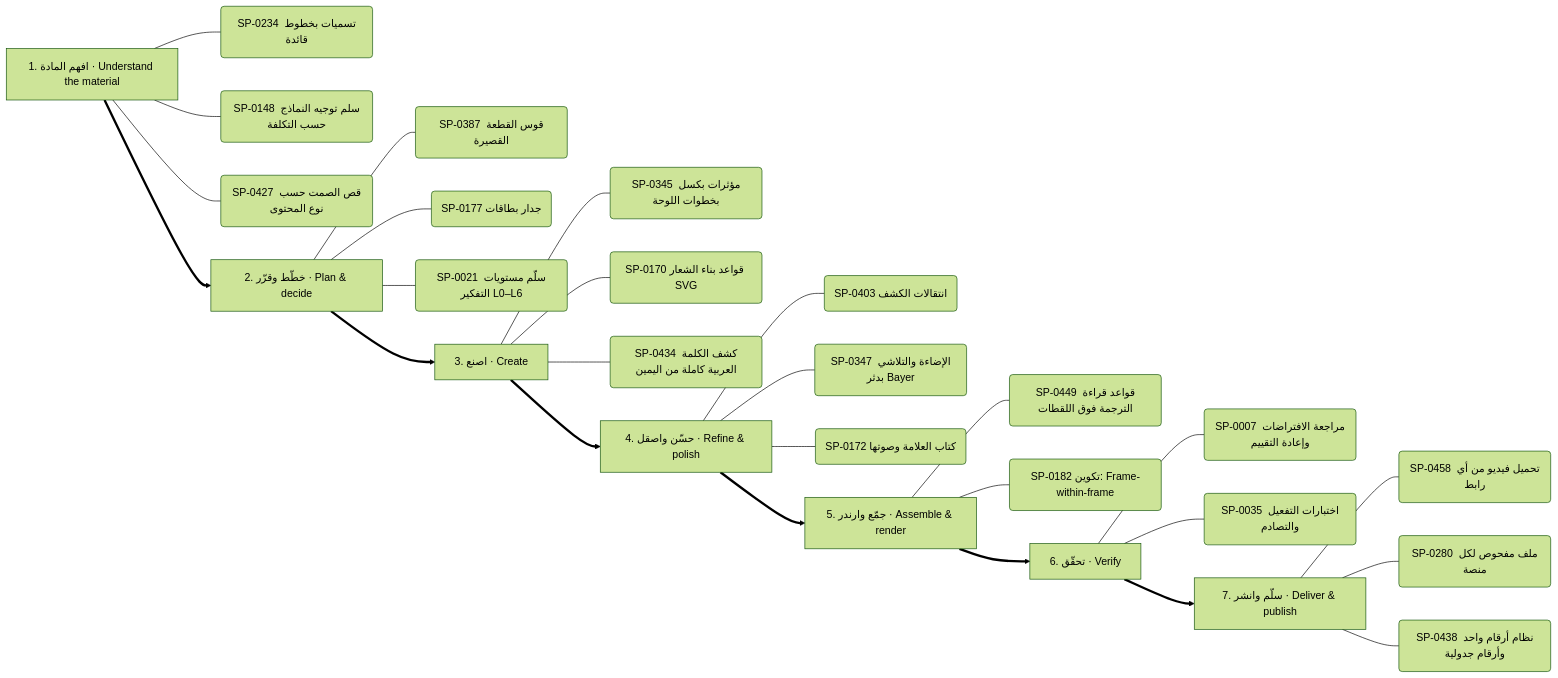
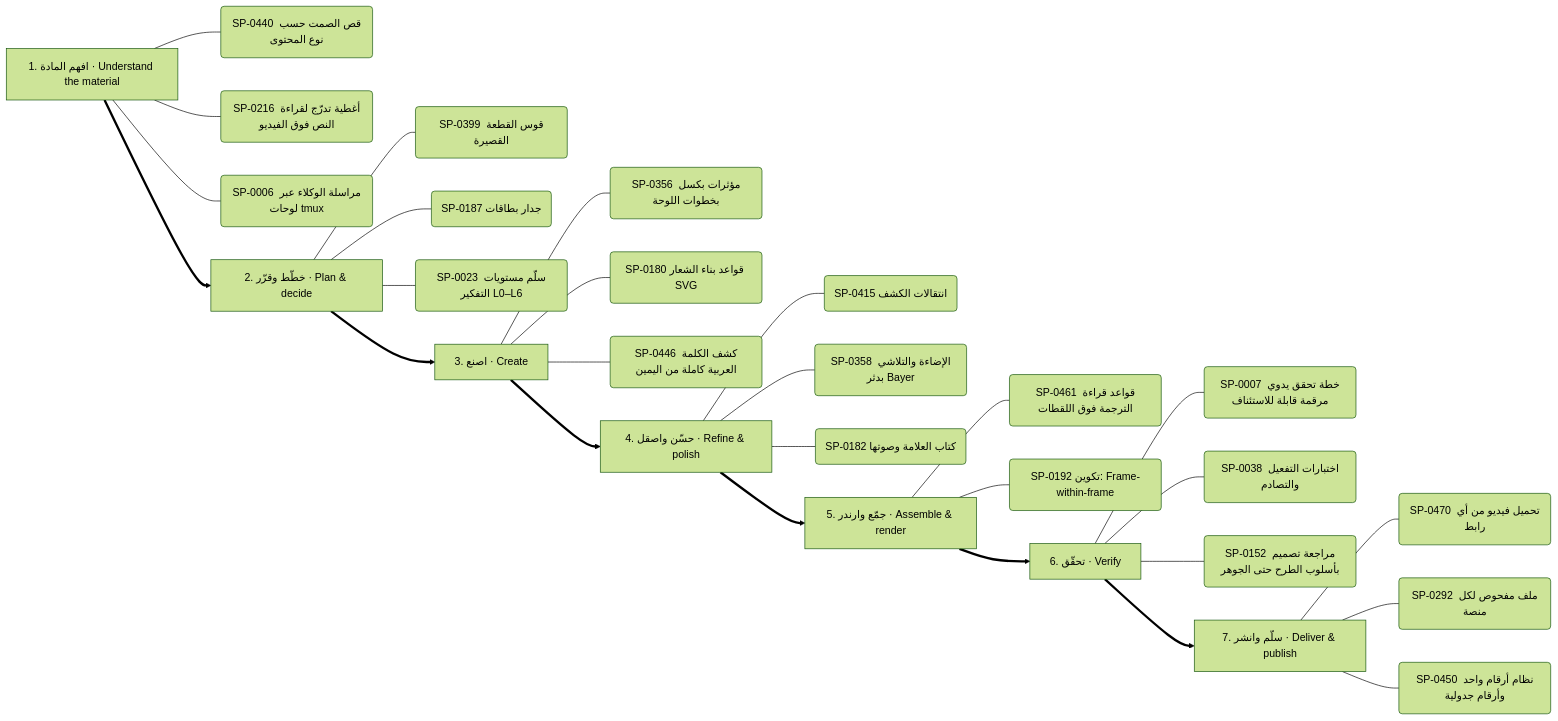
One commit to kosif199022-jpg/kosif-tool changed the sixth of 13 diagrams in .claude/skills/kosif-superpowers/references/capability-mindmap.md. Above: the diagram before and after it, drawn with Mermaid (forest theme). The commit also changed other lines of this file and 58 other files, not shown here.

````diff
--- a/.claude/skills/kosif-superpowers/references/capability-mindmap.md
+++ b/.claude/skills/kosif-superpowers/references/capability-mindmap.md
@@ -314,35 +316,36 @@
 ```mermaid
 flowchart LR
   S0["1. افهم المادة · Understand the material"]
-  S0 --- S0_0("SP-0234 تسميات بخطوط قائدة")
-  S0 --- S0_1("SP-0148 سلم توجيه النماذج حسب التكلفة")
-  S0 --- S0_2("SP-0427 قص الصمت حسب نوع المحتوى")
+  S0 --- S0_0("SP-0440 قص الصمت حسب نوع المحتوى")
+  S0 --- S0_1("SP-0216 أغطية تدرّج لقراءة النص فوق الفيديو")
+  S0 --- S0_2("SP-0006 مراسلة الوكلاء عبر لوحات tmux")
   S1["2. خطّط وقرّر · Plan & decide"]
-  S1 --- S1_0("SP-0387 قوس القطعة القصيرة")
-  S1 --- S1_1("SP-0177 جدار بطاقات")
-  S1 --- S1_2("SP-0021 سلّم مستويات التفكير L0–L6")
+  S1 --- S1_0("SP-0399 قوس القطعة القصيرة")
+  S1 --- S1_1("SP-0187 جدار بطاقات")
+  S1 --- S1_2("SP-0023 سلّم مستويات التفكير L0–L6")
   S0 ==> S1
   S2["3. اصنع · Create"]
-  S2 --- S2_0("SP-0345 مؤثرات بكسل بخطوات اللوحة")
-  S2 --- S2_1("SP-0170 قواعد بناء الشعار SVG")
-  S2 --- S2_2("SP-0434 كشف الكلمة العربية كاملة من اليمين")
+  S2 --- S2_0("SP-0356 مؤثرات بكسل بخطوات اللوحة")
+  S2 --- S2_1("SP-0180 قواعد بناء الشعار SVG")
+  S2 --- S2_2("SP-0446 كشف الكلمة العربية كاملة من اليمين")
   S1 ==> S2
   S3["4. حسّن واصقل · Refine & polish"]
-  S3 --- S3_0("SP-0403 انتقالات الكشف")
-  S3 --- S3_1("SP-0347 الإضاءة والتلاشي بدثر Bayer")
-  S3 --- S3_2("SP-0172 كتاب العلامة وصوتها")
+  S3 --- S3_0("SP-0415 انتقالات الكشف")
+  S3 --- S3_1("SP-0358 الإضاءة والتلاشي بدثر Bayer")
+  S3 --- S3_2("SP-0182 كتاب العلامة وصوتها")
   S2 ==> S3
   S4["5. جمّع وارندر · Assemble & render"]
-  S4 --- S4_0("SP-0449 قواعد قراءة الترجمة فوق اللقطات")
-  S4 --- S4_1("SP-0182 تكوين: Frame-within-frame")
+  S4 --- S4_0("SP-0461 قواعد قراءة الترجمة فوق اللقطات")
+  S4 --- S4_1("SP-0192 تكوين: Frame-within-frame")
   S3 ==> S4
   S5["6. تحقّق · Verify"]
-  S5 --- S5_0("SP-0007 مراجعة الافتراضات وإعادة التقييم")
-  S5 --- S5_1("SP-0035 اختبارات التفعيل والتصادم")
+  S5 --- S5_0("SP-0007 خطة تحقق يدوي مرقمة قابلة للاستئناف")
+  S5 --- S5_1("SP-0038 اختبارات التفعيل والتصادم")
+  S5 --- S5_2("SP-0152 مراجعة تصميم بأسلوب الطرح حتى الجوهر")
   S4 ==> S5
   S6["7. سلّم وانشر · Deliver & publish"]
-  S6 --- S6_0("SP-0458 تحميل فيديو من أي رابط")
-  S6 --- S6_1("SP-0280 ملف مفحوص لكل منصة")
-  S6 --- S6_2("SP-0438 نظام أرقام واحد وأرقام جدولية")
+  S6 --- S6_0("SP-0470 تحميل فيديو من أي رابط")
+  S6 --- S6_1("SP-0292 ملف مفحوص لكل منصة")
+  S6 --- S6_2("SP-0450 نظام أرقام واحد وأرقام جدولية")
   S5 ==> S6
 ```
````
